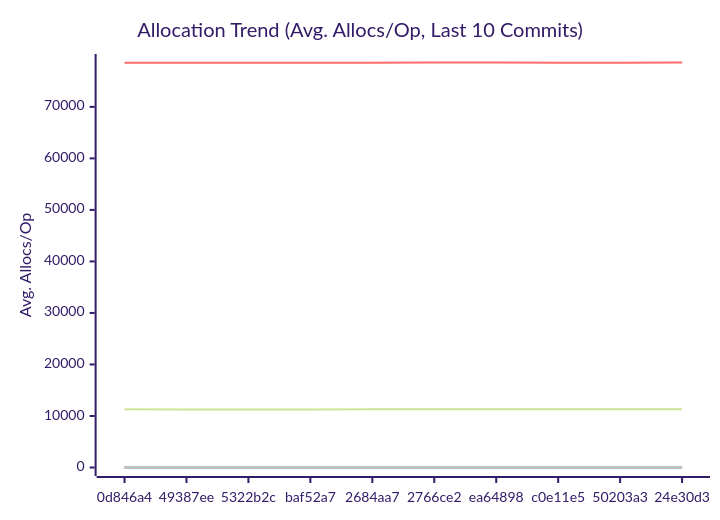
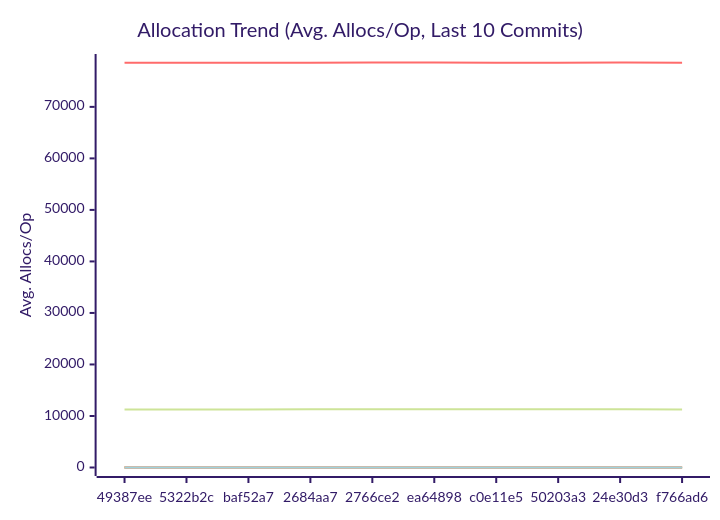
Before and after one commit to alsotoes/momo: the third of 3 diagrams in docs/PERFORMANCE.md, drawn with Mermaid (forest theme). The commit also changed other lines of this file and 2 other files, not shown here.

````diff
--- a/docs/PERFORMANCE.md
+++ b/docs/PERFORMANCE.md
@@ -197,20 +197,20 @@
 ```mermaid
 xychart-beta
     title "Allocation Trend (Avg. Allocs/Op, Last 10 Commits)"
     x-axis "Commit"
     y-axis "Avg. Allocs/Op"
-    x-axis [0d846a4,49387ee,5322b2c,baf52a7,2684aa7,2766ce2,ea64898,c0e11e5,50203a3,24e30d3]
-    line "AWSChunkedReaderSigned" [11297,11281,11264,11269,11322,11314,11309,11288,11293,11324]
-    line "AWSChunkedReaderUnsigned" [78571,78567,78568,78569,78587,78599,78604,78570,78569,78612]
+    x-axis [49387ee,5322b2c,baf52a7,2684aa7,2766ce2,ea64898,c0e11e5,50203a3,24e30d3,f766ad6]
+    line "AWSChunkedReaderSigned" [11281,11264,11269,11322,11314,11309,11288,11293,11324,11281]
+    line "AWSChunkedReaderUnsigned" [78567,78568,78569,78587,78599,78604,78570,78569,78612,78565]
     line "CheckMetricsAndSwap" [0,0,0,0,0,0,0,0,0,0]
     line "CrushOptimized" [0,0,0,0,0,0,0,0,0,0]
     line "CrushOriginal" [3,3,3,3,3,3,3,3,3,3]
     line "IndexDirectTracking" [0,0,0,0,0,0,0,0,0,0]
     line "IndexSearch" [0,0,0,0,0,0,0,0,0,0]
     line "LoadGlobalConfig" [54,54,54,54,54,54,54,54,54,54]
     line "PadString" [1,1,1,1,1,1,1,1,1,1]
     line "ParseReplicationOrder_NoPrealloc" [6,6,6,6,6,5,5,5,5,5]
     line "ParseReplicationOrder_Prealloc" [2,2,2,2,2,1,1,1,1,1]
     line "SanitizeLog/Safe" [0,0,0,0,0,0,0,0,0,0]
     line "SanitizeLog/Unsafe" [1,1,1,1,1,1,1,1,1,1]
 ```
````
